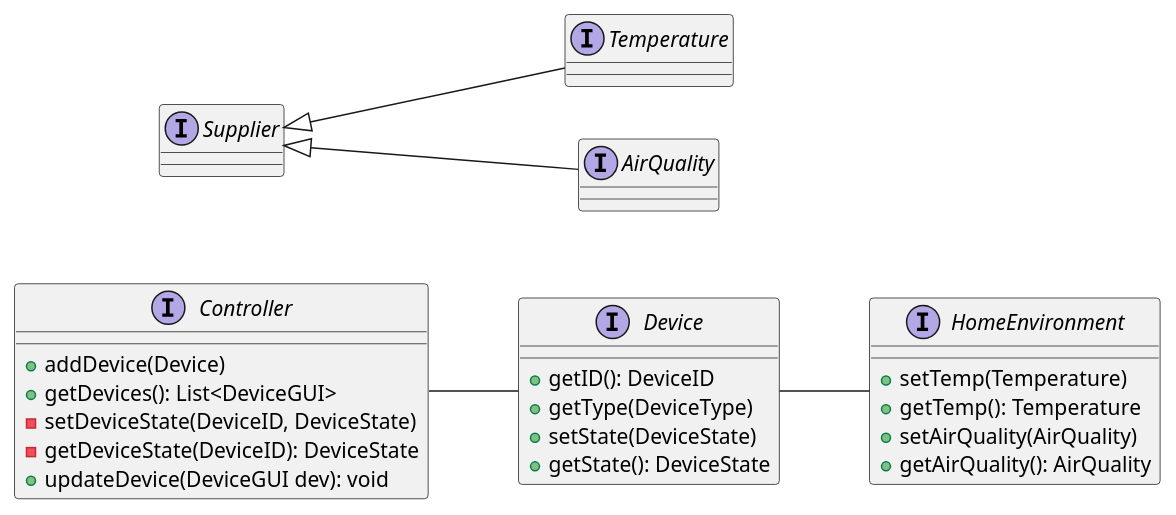
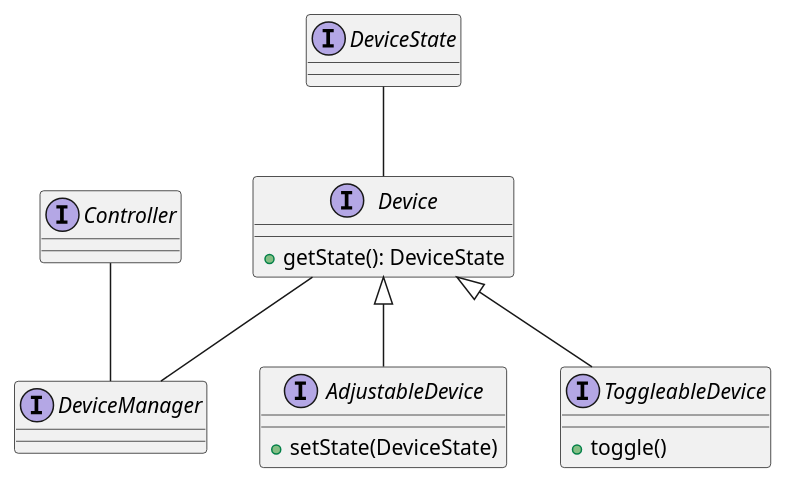
One commit to progetto-oop-22-23/OOP-report changed the diagram in uml/domain.plantuml. Above: the diagram before and after it, drawn with PlantUML.

Commit message:
update domain uml

```diff
--- a/uml/domain.plantuml
+++ b/uml/domain.plantuml
@@ -1,41 +1,23 @@
-@startuml
+@startuml domain
 
-left to right direction
+' left to right direction
 
-interface Controller {
-    + addDevice(Device)
-    + getDevices(): List<DeviceGUI>
-    - setDeviceState(DeviceID, DeviceState)
-    - getDeviceState(DeviceID): DeviceState
-    ' + addToggleableDevice()
-    ' + addAdjustableDevice()
-    ' + addSensorDevice()
-	+ updateDevice(DeviceGUI dev): void
-	/'
-		newState = dev.getState();
-		viewToDevice.get(dev.getID())
-					.setState(newState);
-	'/
-}
-
+interface Controller {}
+interface DeviceManager {}
+interface DeviceState {}
 interface Device {
-    + getID(): DeviceID
-    + getType(DeviceType)
-    + setState(DeviceState)
     + getState(): DeviceState
 }
 
-interface HomeEnvironment {
-    + setTemp(Temperature)
-    + getTemp(): Temperature
-    + setAirQuality(AirQuality)
-    + getAirQuality(): AirQuality
+interface AdjustableDevice extends Device {
+    + setState(DeviceState)
+}
+interface ToggleableDevice extends Device {
+    + toggle()
 }
 
-interface Temperature extends Supplier
-interface AirQuality extends Supplier
-
-Controller -- Device
-Device -- HomeEnvironment
+Controller -- DeviceManager
+DeviceState -- Device
+Device -- DeviceManager
 
 @enduml
```
